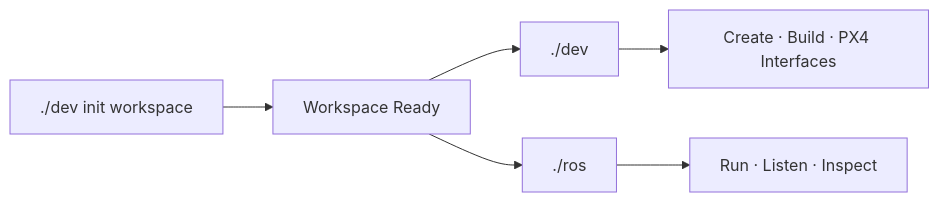
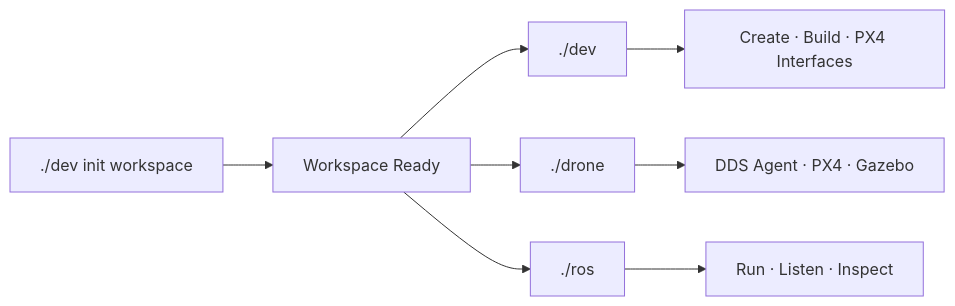
Before and after one commit to brutalstein/ros2: the first of 2 diagrams in README.md, drawn with Mermaid. The commit also changed other lines of this file, not shown here.

Commit message:
document drone runtime console

````diff
--- a/README.md
+++ b/README.md
@@ -18,8 +18,10 @@
 ```mermaid
 flowchart LR
     INIT[./dev init workspace] --> READY[Workspace Ready]
     READY --> DEV[./dev]
+    READY --> DRONE[./drone]
     READY --> ROS[./ros]
     DEV --> BUILD[Create · Build · PX4 Interfaces]
+    DRONE --> SIM[DDS Agent · PX4 · Gazebo]
     ROS --> GRAPH[Run · Listen · Inspect]
 ```
````
